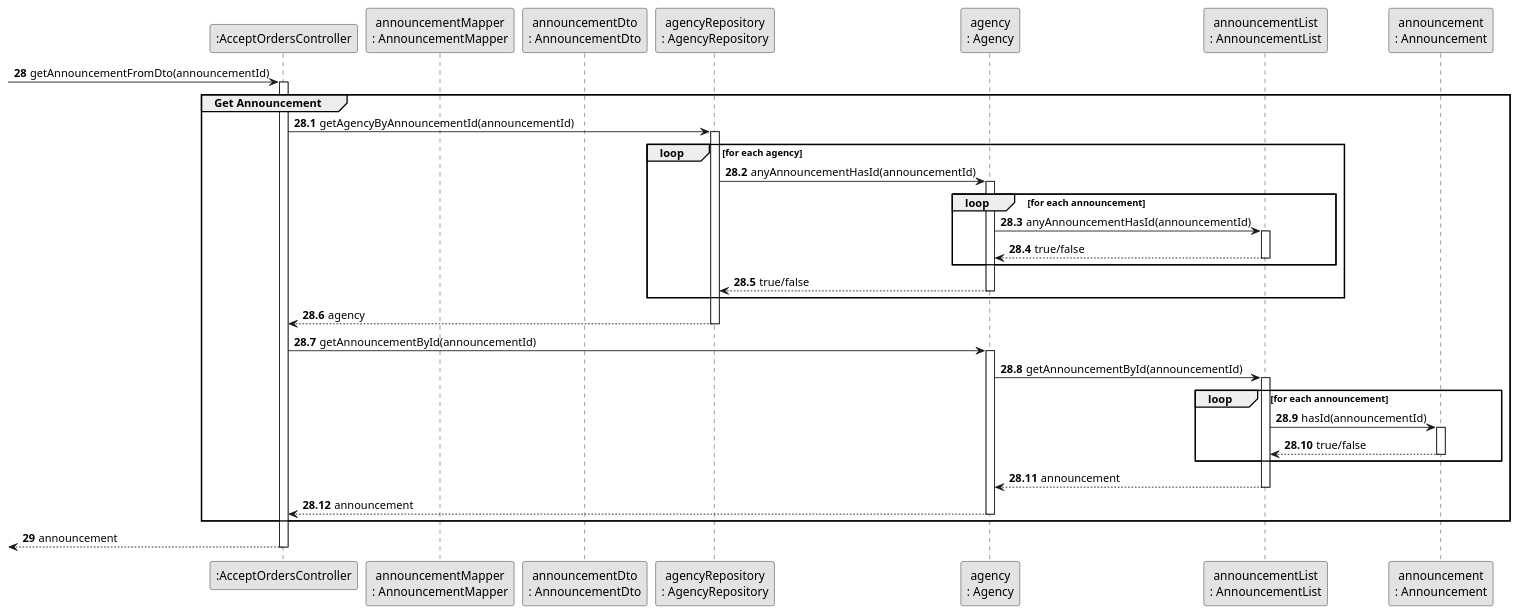
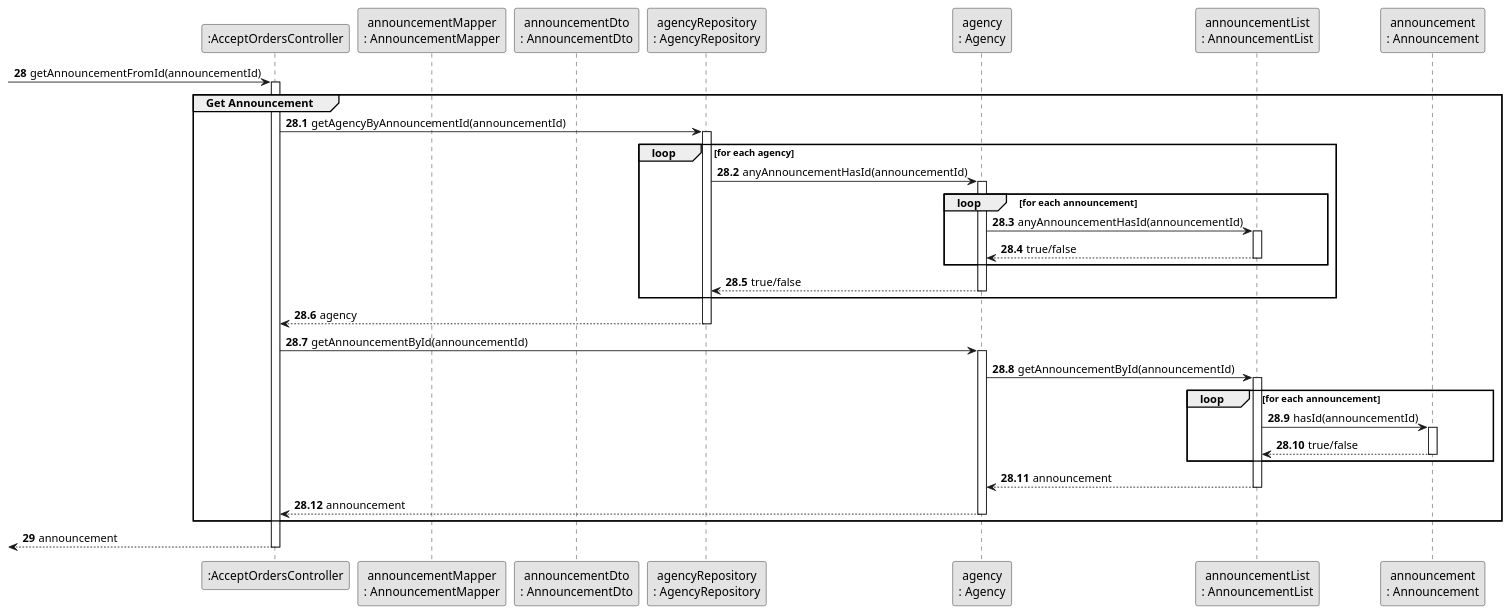
Before and after one commit to rita-barbosa/LAPR2-2223: the diagram in docs/sprintC/us011/03.design/puml/us011-sequence-diagram-partial-get-announcement.puml, drawn with PlantUML. The commit also changed 10 other files, not shown here.

Commit message:
Update Sequence & Class diagram: final alterations [US011][Design][#01 & #05 Task]

```diff
--- a/docs/sprintC/us011/03.design/puml/us011-sequence-diagram-partial-get-announcement.puml
+++ b/docs/sprintC/us011/03.design/puml/us011-sequence-diagram-partial-get-announcement.puml
@@ -1,73 +1,73 @@
 @startuml
 skinparam monochrome true
 skinparam packageStyle rectangle
 skinparam shadowing false
 
 
 participant ":AcceptOrdersController" as CTRL
 participant "announcementMapper\n: AnnouncementMapper" as AnnMAPPER
 participant "announcementDto\n: AnnouncementDto" as AnnDTO
 participant "agencyRepository\n: AgencyRepository" as AgRep
 participant "agency\n: Agency" as AGENCY
 participant "announcementList\n: AnnouncementList" as AnnList
 participant "announcement\n: Announcement" as Announce
 
 autonumber 28
-    -> CTRL: getAnnouncementFromDto(announcementId)
+    -> CTRL: getAnnouncementFromId(announcementId)
     activate CTRL
 group Get Announcement
 autonumber 28.1
 
 
     CTRL -> AgRep: getAgencyByAnnouncementId(announcementId)
     activate AgRep
 
         loop for each agency
 
         AgRep -> AGENCY :  anyAnnouncementHasId(announcementId)
         activate AGENCY
             loop for each announcement
 
             AGENCY -> AnnList:  anyAnnouncementHasId(announcementId)
             activate AnnList
             AnnList --> AGENCY: true/false
             deactivate AnnList
 
             end loop
         AGENCY --> AgRep: true/false
         deactivate AGENCY
 
         end loop
 
     AgRep --> CTRL : agency
     deactivate AgRep
 
     CTRL -> AGENCY :  getAnnouncementById(announcementId)
     activate AGENCY
 
     AGENCY -> AnnList : getAnnouncementById(announcementId)
     activate AnnList
 
         loop  for each announcement
 
         AnnList -> Announce : hasId(announcementId)
         activate Announce
 
         Announce -->AnnList :true/false
         deactivate Announce
 
         end loop
 
     AnnList --> AGENCY : announcement
     deactivate AnnList
 
     AGENCY --> CTRL : announcement
     deactivate AGENCY
 
 end group
 
 autonumber 29
     <-- CTRL: announcement
     deactivate CTRL
 
 @enduml
```
